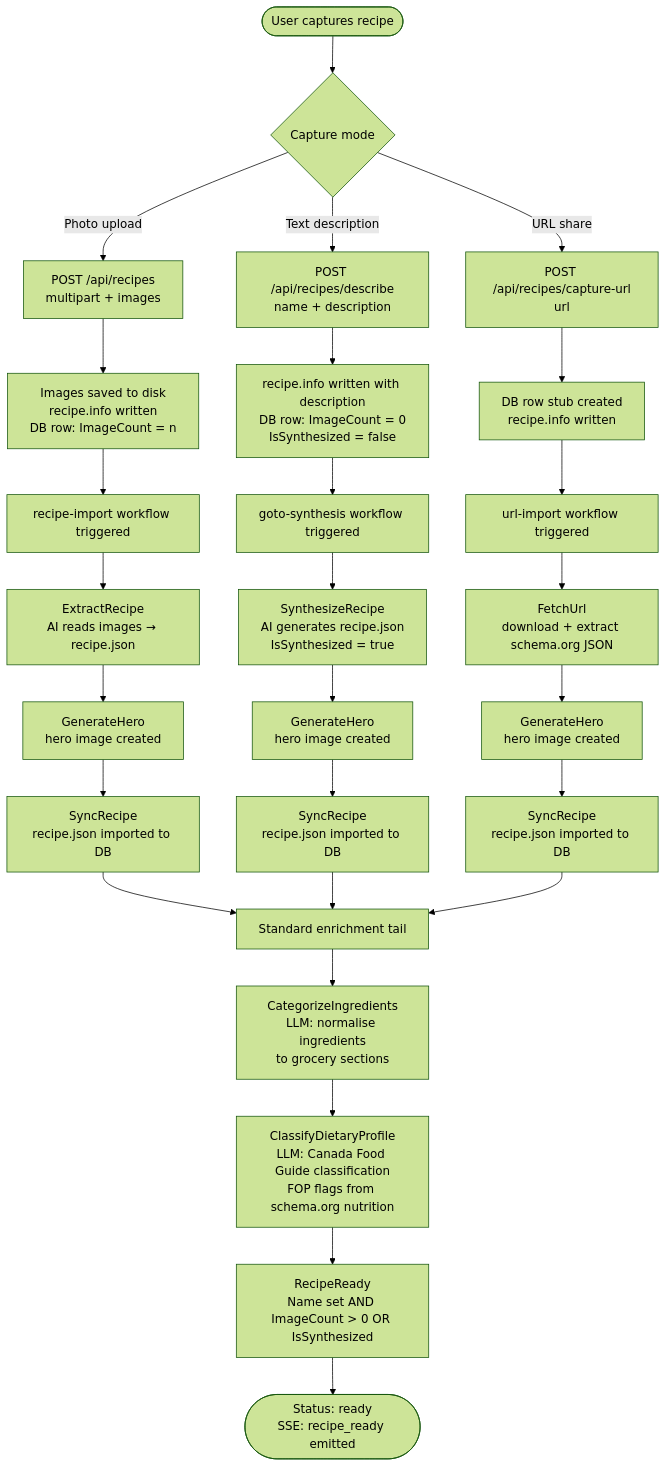
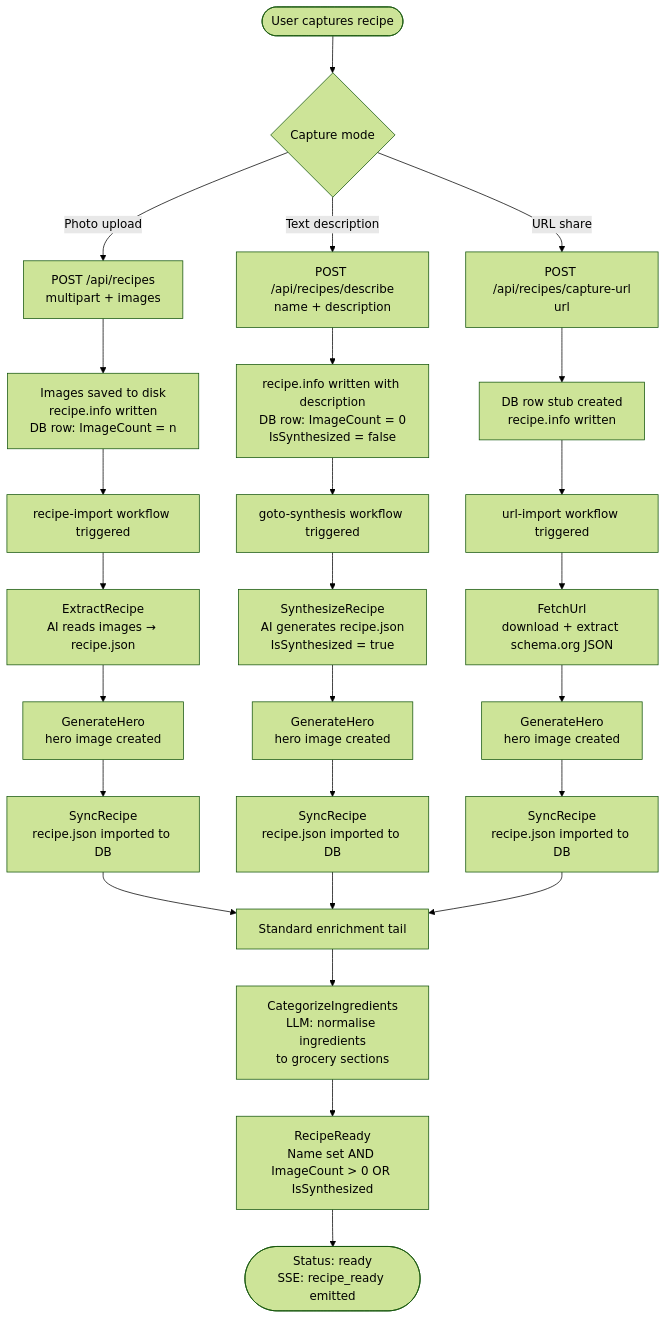
The diagram in docs/flows/data-flows/recipe-readiness.md (AlexandreBrisebois/whats-for-supper), drawn with Mermaid (forest theme) before and after one commit. The commit also changed other lines of this file and 82 other files, not shown here.

````diff
--- a/docs/flows/data-flows/recipe-readiness.md
+++ b/docs/flows/data-flows/recipe-readiness.md
@@ -58,38 +55,37 @@
 ```mermaid
 flowchart TD
     A([User captures recipe]) --> B{Capture mode}
 
     B -->|Photo upload| C[POST /api/recipes\nmultipart + images]
     B -->|Text description| D[POST /api/recipes/describe\nname + description]
     B -->|URL share| E[POST /api/recipes/capture-url\nurl]
 
     C --> C1[Images saved to disk\nrecipe.info written\nDB row: ImageCount = n]
     D --> D1[recipe.info written with description\nDB row: ImageCount = 0\nIsSynthesized = false]
     E --> E1[DB row stub created\nrecipe.info written]
 
     C1 --> G[recipe-import workflow triggered]
     D1 --> H[goto-synthesis workflow triggered]
     E1 --> I[url-import workflow triggered]
 
     G --> G1[ExtractRecipe\nAI reads images → recipe.json]
     G1 --> G2[GenerateHero\nhero image created]
     G2 --> G3[SyncRecipe\nrecipe.json imported to DB]
 
     H --> H1[SynthesizeRecipe\nAI generates recipe.json\nIsSynthesized = true]
     H1 --> H2[GenerateHero\nhero image created]
     H2 --> H3[SyncRecipe\nrecipe.json imported to DB]
 
     I --> I1[FetchUrl\ndownload + extract schema.org JSON]
     I1 --> I2[GenerateHero\nhero image created]
     I2 --> I3[SyncRecipe\nrecipe.json imported to DB]
 
     G3 --> TAIL[Standard enrichment tail]
     H3 --> TAIL
     I3 --> TAIL
 
     TAIL --> T1[CategorizeIngredients\nLLM: normalise ingredients\nto grocery sections]
-    T1 --> T2[ClassifyDietaryProfile\nLLM: Canada Food Guide classification\nFOP flags from schema.org nutrition]
-    T2 --> T3[RecipeReady\nName set AND ImageCount > 0 OR IsSynthesized]
+    T1 --> T3[RecipeReady\nName set AND ImageCount > 0 OR IsSynthesized]
 
     T3 --> R([Status: ready\nSSE: recipe_ready emitted])
 ```
````
